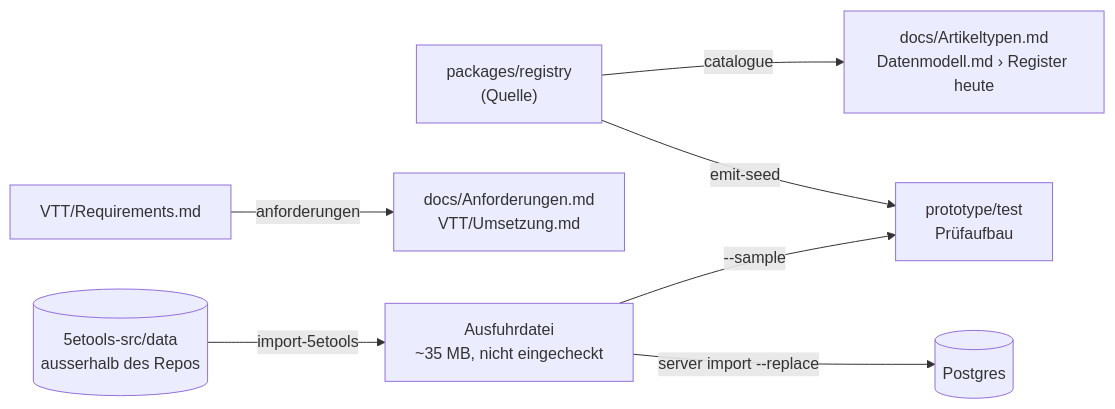
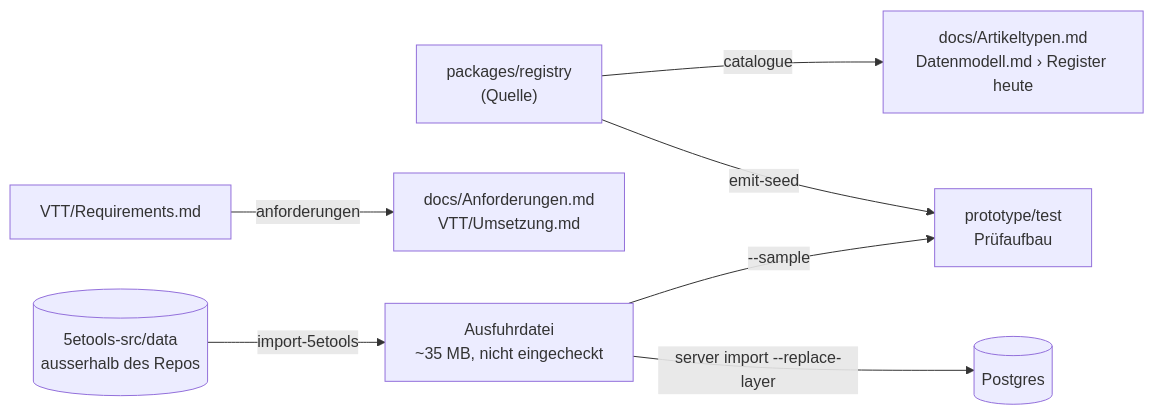
The eighth of 8 diagrams in docs/Architektur.md (Mrfudog/Atlas-Mentis), drawn with Mermaid before and after one commit. The commit also changed other lines of this file and 3 other files, not shown here.

````diff
--- a/docs/Architektur.md
+++ b/docs/Architektur.md
@@ -329,9 +346,9 @@
 ```mermaid
 flowchart LR
   reg["packages/registry<br/>(Quelle)"] -- emit-seed --> seed[prototype/test<br/>Prüfaufbau]
   reg -- catalogue --> docs1[docs/Artikeltypen.md<br/>Datenmodell.md › Register heute]
   vault[VTT/Requirements.md] -- anforderungen --> docs2[docs/Anforderungen.md<br/>VTT/Umsetzung.md]
   ft[(5etools-src/data<br/>ausserhalb des Repos)] -- import-5etools --> datei[Ausfuhrdatei<br/>~35 MB, nicht eingecheckt]
-  datei -->|"server import --replace"| pg[(Postgres)]
+  datei -->|"server import --replace-layer"| pg[(Postgres)]
   datei -->|"--sample"| seed
 ```
````
